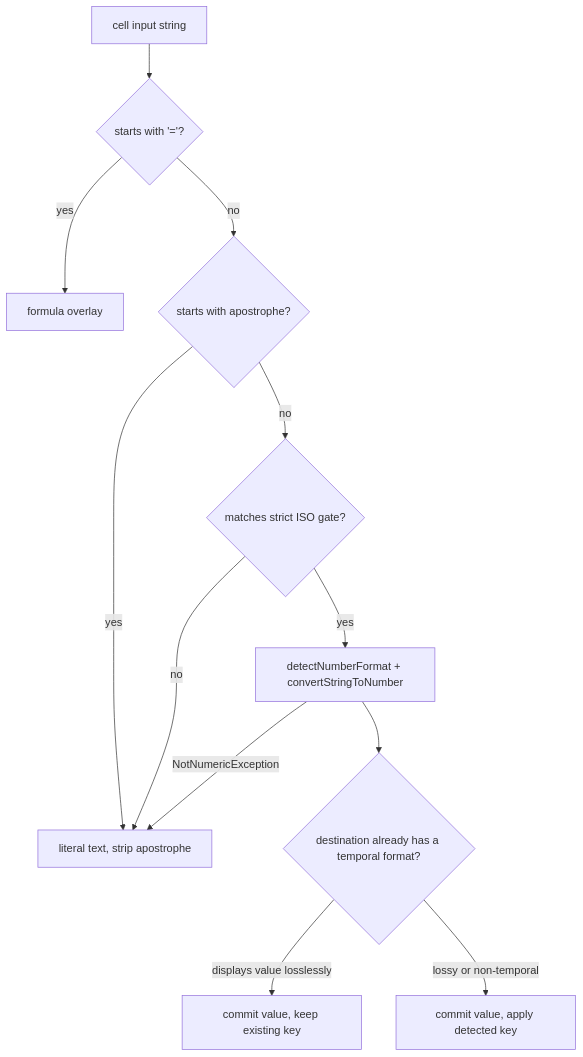
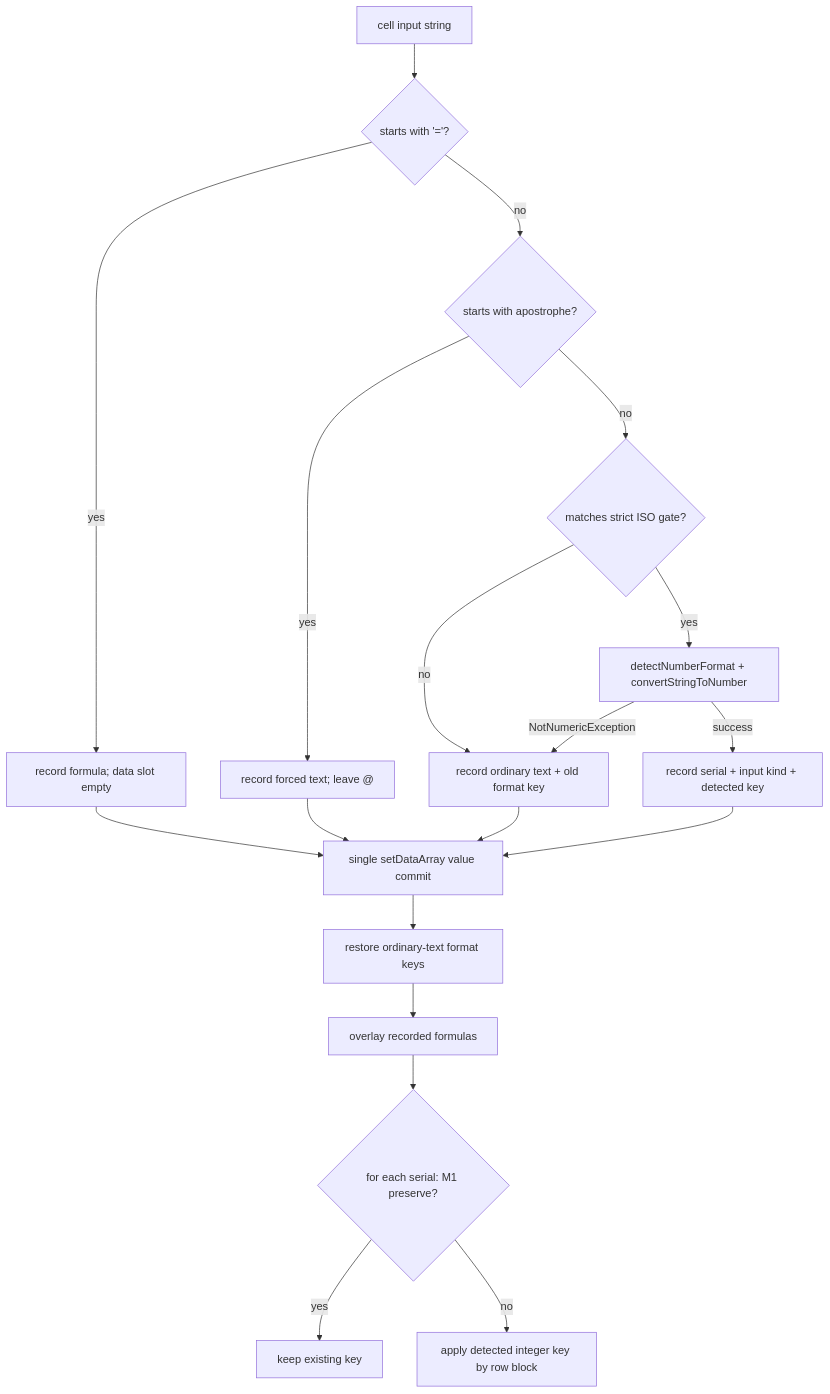
The diagram in docs/calc-date-time-handling.md (Augusto-Zolet/writeragent), drawn with Mermaid before and after one commit. The commit also changed other lines of this file and 16 other files, not shown here.

````diff
--- a/docs/calc-date-time-handling.md
+++ b/docs/calc-date-time-handling.md
@@ -264,14 +631,21 @@
 ```mermaid
 flowchart TD
     Start["cell input string"] --> IsFormula{"starts with '='?"}
-    IsFormula -->|yes| FormulaPass["formula overlay"]
+    IsFormula -->|yes| RecordFormula["record formula; data slot empty"]
     IsFormula -->|no| IsEscaped{"starts with apostrophe?"}
-    IsEscaped -->|yes| TextPass["literal text, strip apostrophe"]
+    IsEscaped -->|yes| ForcedText["record forced text; leave @"]
     IsEscaped -->|no| Gate{"matches strict ISO gate?"}
-    Gate -->|no| TextPass
+    Gate -->|no| OrdinaryText["record ordinary text + old format key"]
     Gate -->|yes| Detect["detectNumberFormat + convertStringToNumber"]
-    Detect -->|NotNumericException| TextPass
-    Detect --> Existing{"destination already has a temporal format?"}
-    Existing -->|"displays value losslessly"| KeepFormat["commit value, keep existing key"]
-    Existing -->|"lossy or non-temporal"| ApplyDetected["commit value, apply detected key"]
+    Detect -->|NotNumericException| OrdinaryText
+    Detect -->|success| Serial["record serial + input kind + detected key"]
+    RecordFormula --> Commit["single setDataArray value commit"]
+    ForcedText --> Commit
+    OrdinaryText --> Commit
+    Serial --> Commit
+    Commit --> Restore["restore ordinary-text format keys"]
+    Restore --> FormulaPass["overlay recorded formulas"]
+    FormulaPass --> Existing{"for each serial: M1 preserve?"}
+    Existing -->|yes| KeepFormat["keep existing key"]
+    Existing -->|no| ApplyDetected["apply detected integer key by row block"]
 ```
````
